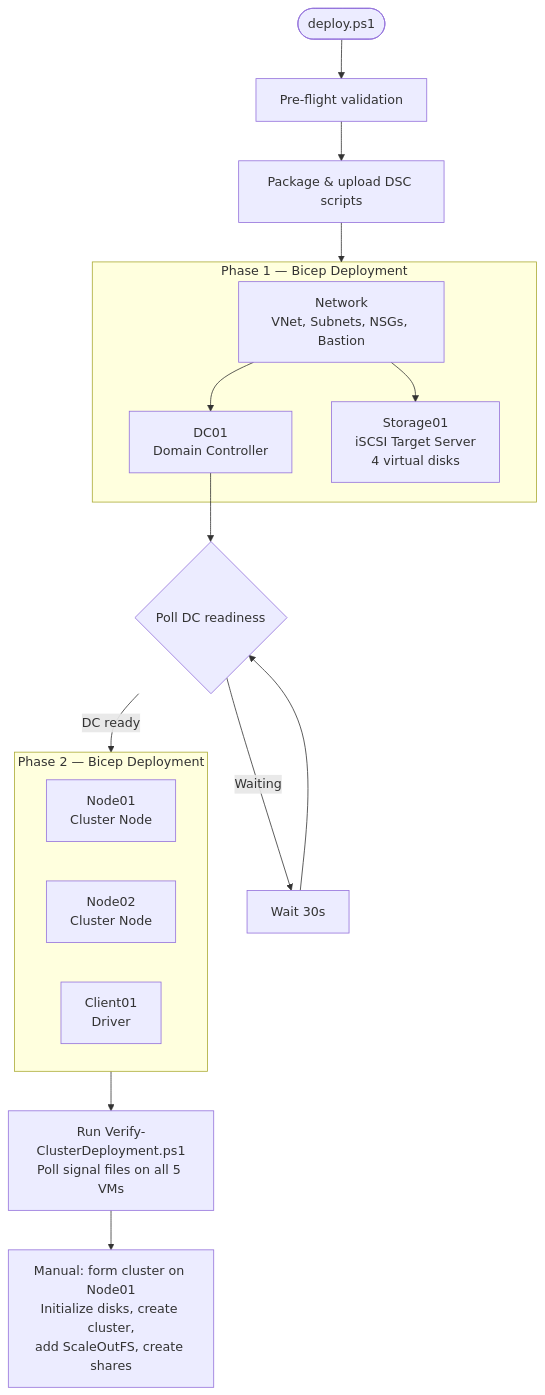
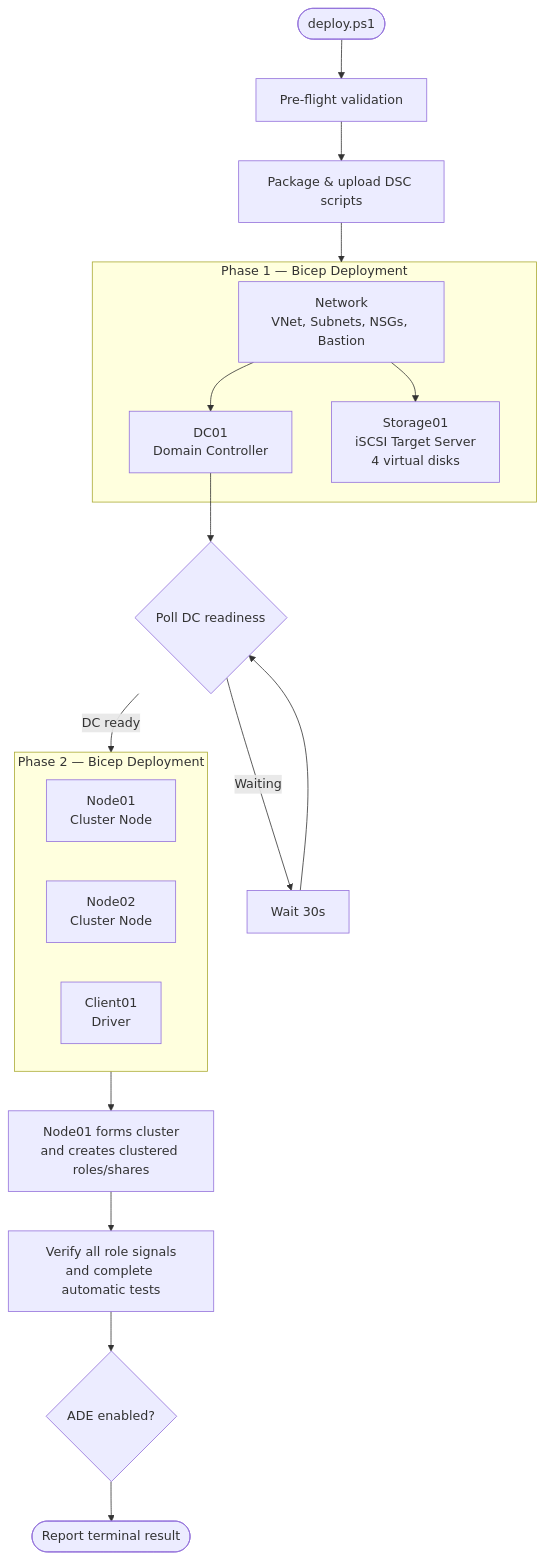
The second of 4 diagrams in TestSuites/FileServer/azure-automation/README.md (microsoft/WindowsProtocolTestSuites), drawn with Mermaid before and after one commit. The commit also changed other lines of this file and 28 other files, not shown here.

````diff
--- a/TestSuites/FileServer/azure-automation/README.md
+++ b/TestSuites/FileServer/azure-automation/README.md
@@ -146,26 +152,28 @@
 ```mermaid
 flowchart TB
     start([deploy.ps1]) --> preflight[Pre-flight validation]
     preflight --> upload[Package & upload DSC scripts]
 
     upload --> phase1
 
     subgraph phase1 [Phase 1 — Bicep Deployment]
         net[Network<br/>VNet, Subnets, NSGs, Bastion]
         net --> dc[DC01<br/>Domain Controller]
         net --> storage[Storage01<br/>iSCSI Target Server<br/>4 virtual disks]
     end
 
     dc --> poll{Poll DC readiness}
     poll -- Waiting --> wait[Wait 30s] --> poll
     poll -- DC ready --> phase2
 
     subgraph phase2 [Phase 2 — Bicep Deployment]
         node1[Node01<br/>Cluster Node]
         node2[Node02<br/>Cluster Node]
         driver[Client01<br/>Driver]
     end
 
-    phase2 --> verify[Run Verify-ClusterDeployment.ps1<br/>Poll signal files on all 5 VMs]
-    verify --> manual[Manual: form cluster on Node01<br/>Initialize disks, create cluster,<br/>add ScaleOutFS, create shares]
+    phase2 --> configure[Node01 forms cluster<br/>and creates clustered roles/shares]
+    configure --> verify[Verify all role signals<br/>and complete automatic tests]
+    verify --> ade{ADE enabled?}
+    ade --> done([Report terminal result])
 ```
````
